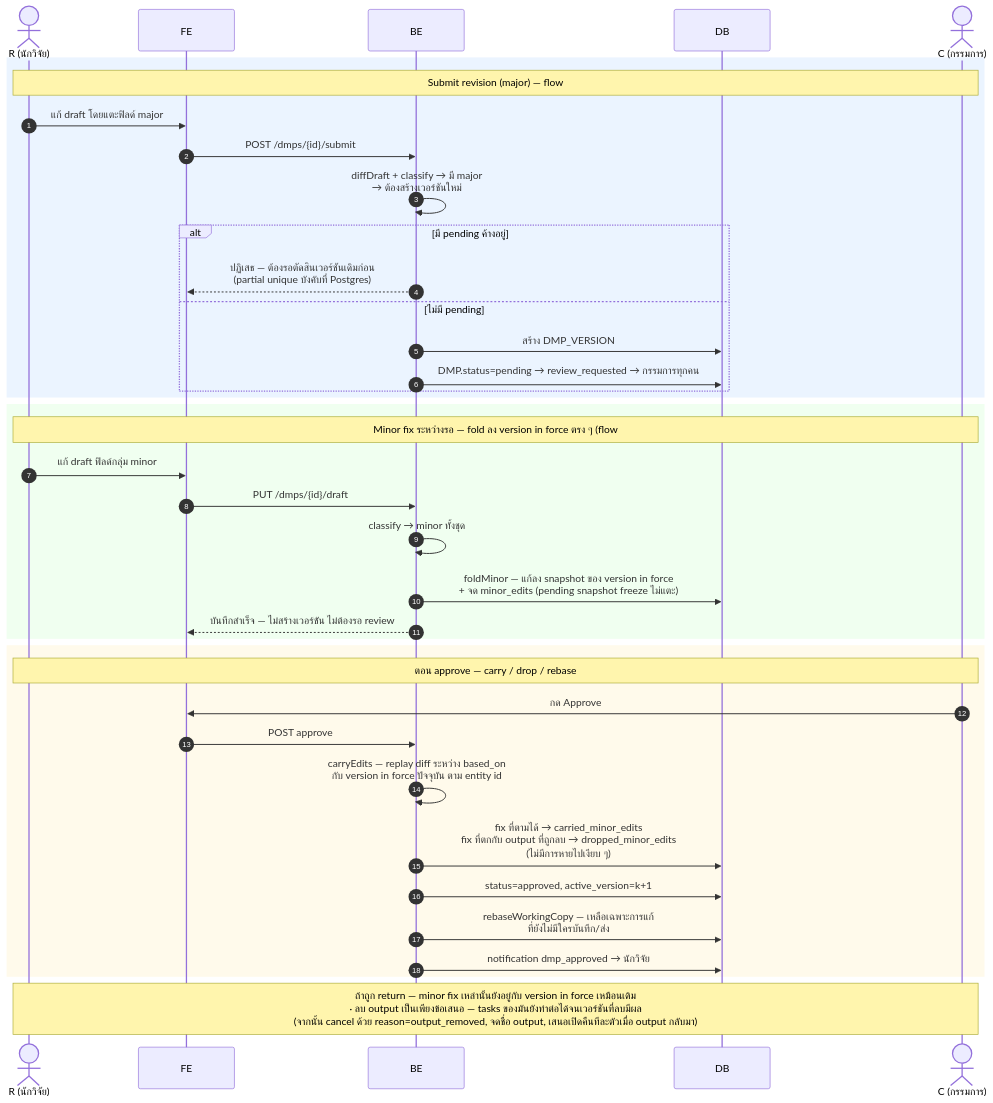
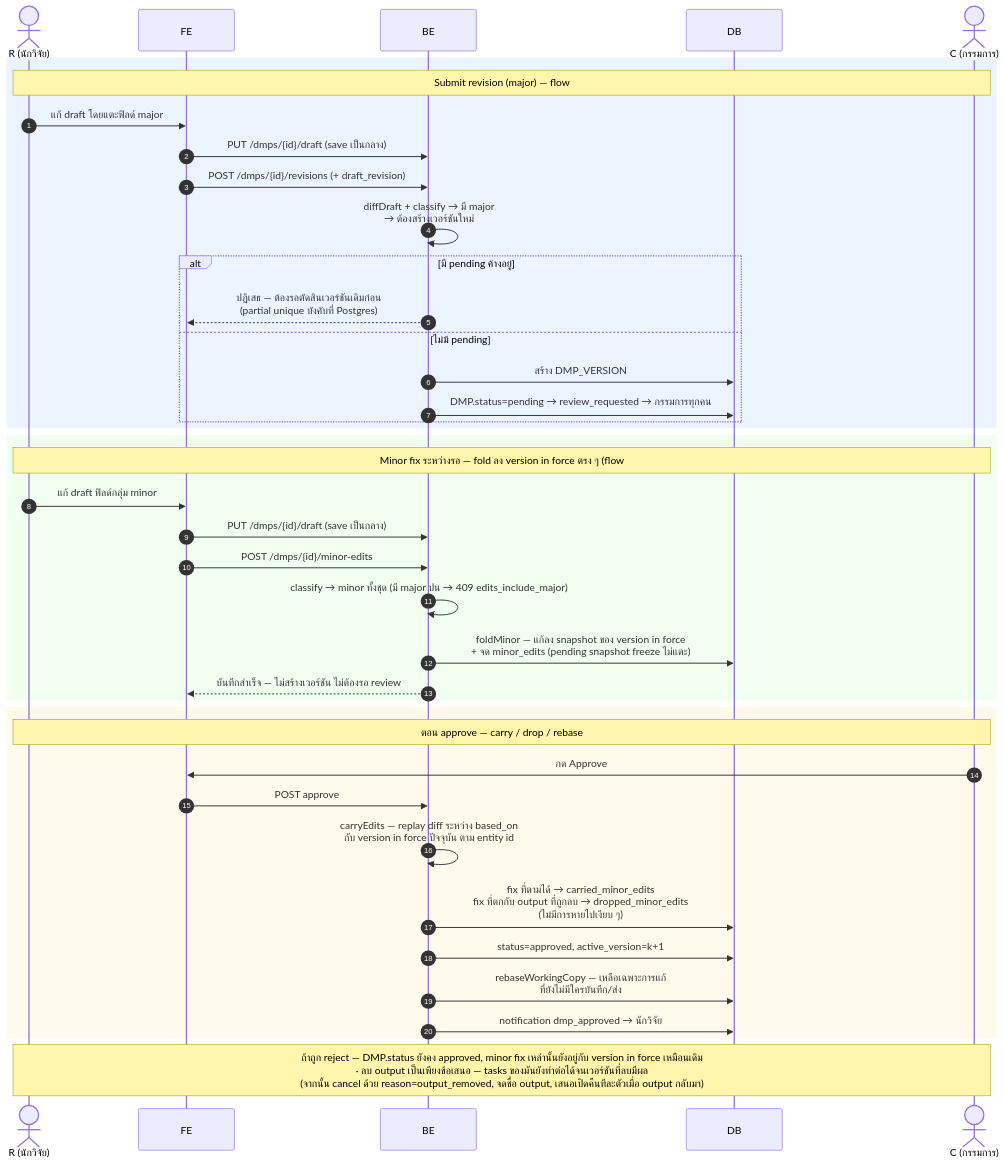
One commit to Open-Science-and-Data-management/Backend changed the second of 4 diagrams in docs/architecture/arc42.md. Above: the diagram before and after it, drawn with Mermaid. The commit also changed other lines of this file and 26 other files, not shown here.

````diff
--- a/docs/architecture/arc42.md
+++ b/docs/architecture/arc42.md
@@ -416,44 +419,46 @@
 ```mermaid
 sequenceDiagram
     autonumber
     actor R as R (นักวิจัย)
     participant FE as FE
     participant BE as BE
     participant DB as DB
     actor C as C (กรรมการ)
 
     rect rgb(235, 244, 255)
     Note over R,C: Submit revision (major) — flow #9
     R->>FE: แก้ draft โดยแตะฟิลด์ major
-    FE->>BE: POST /dmps/{id}/submit
+    FE->>BE: PUT /dmps/{id}/draft (save เป็นกลาง)
+    FE->>BE: POST /dmps/{id}/revisions (+ draft_revision)
     BE->>BE: diffDraft + classify → มี major<br/>→ ต้องสร้างเวอร์ชันใหม่
     alt มี pending ค้างอยู่
         BE-->>FE: ปฏิเสธ — ต้องรอตัดสินเวอร์ชันเดิมก่อน<br/>(partial unique บังคับที่ Postgres)
     else ไม่มี pending
         BE->>DB: สร้าง DMP_VERSION #k+1<br/>(snapshot ณ ตอน submit,<br/>based_on = version in force ปัจจุบัน)
         BE->>DB: DMP.status=pending → review_requested → กรรมการทุกคน
     end
     end
 
     rect rgb(240, 255, 240)
     Note over R,C: Minor fix ระหว่างรอ — fold ลง version in force ตรง ๆ (flow #8)
     R->>FE: แก้ draft ฟิลด์กลุ่ม minor
-    FE->>BE: PUT /dmps/{id}/draft
-    BE->>BE: classify → minor ทั้งชุด
+    FE->>BE: PUT /dmps/{id}/draft (save เป็นกลาง)
+    FE->>BE: POST /dmps/{id}/minor-edits
+    BE->>BE: classify → minor ทั้งชุด (มี major ปน → 409 edits_include_major)
     BE->>DB: foldMinor — แก้ลง snapshot ของ version in force<br/>+ จด minor_edits (pending snapshot freeze ไม่แตะ)
     BE-->>FE: บันทึกสำเร็จ — ไม่สร้างเวอร์ชัน ไม่ต้องรอ review
     end
 
     rect rgb(255, 250, 235)
     Note over R,C: ตอน approve — carry / drop / rebase
     C->>FE: กด Approve
     FE->>BE: POST approve
     BE->>BE: carryEdits — replay diff ระหว่าง based_on<br/>กับ version in force ปัจจุบัน ตาม entity id
     BE->>DB: fix ที่ตามได้ → carried_minor_edits<br/>fix ที่ตกกับ output ที่ถูกลบ → dropped_minor_edits<br/>(ไม่มีการหายไปเงียบ ๆ)
     BE->>DB: status=approved, active_version=k+1
     BE->>DB: rebaseWorkingCopy — เหลือเฉพาะการแก้<br/>ที่ยังไม่มีใครบันทึก/ส่ง
     BE->>DB: notification dmp_approved → นักวิจัย
     end
 
-    Note over R,C: ถ้าถูก return — minor fix เหล่านั้นยังอยู่กับ version in force เหมือนเดิม<br/>· ลบ output เป็นเพียงข้อเสนอ — tasks ของมันยังทำต่อได้จนเวอร์ชันที่ลบมีผล<br/>(จากนั้น cancel ด้วย reason=output_removed, จดชื่อ output, เสนอเปิดคืนทีละตัวเมื่อ output กลับมา)
+    Note over R,C: ถ้าถูก reject — DMP.status ยังคง approved, minor fix เหล่านั้นยังอยู่กับ version in force เหมือนเดิม<br/>· ลบ output เป็นเพียงข้อเสนอ — tasks ของมันยังทำต่อได้จนเวอร์ชันที่ลบมีผล<br/>(จากนั้น cancel ด้วย reason=output_removed, จดชื่อ output, เสนอเปิดคืนทีละตัวเมื่อ output กลับมา)
 ```
````
